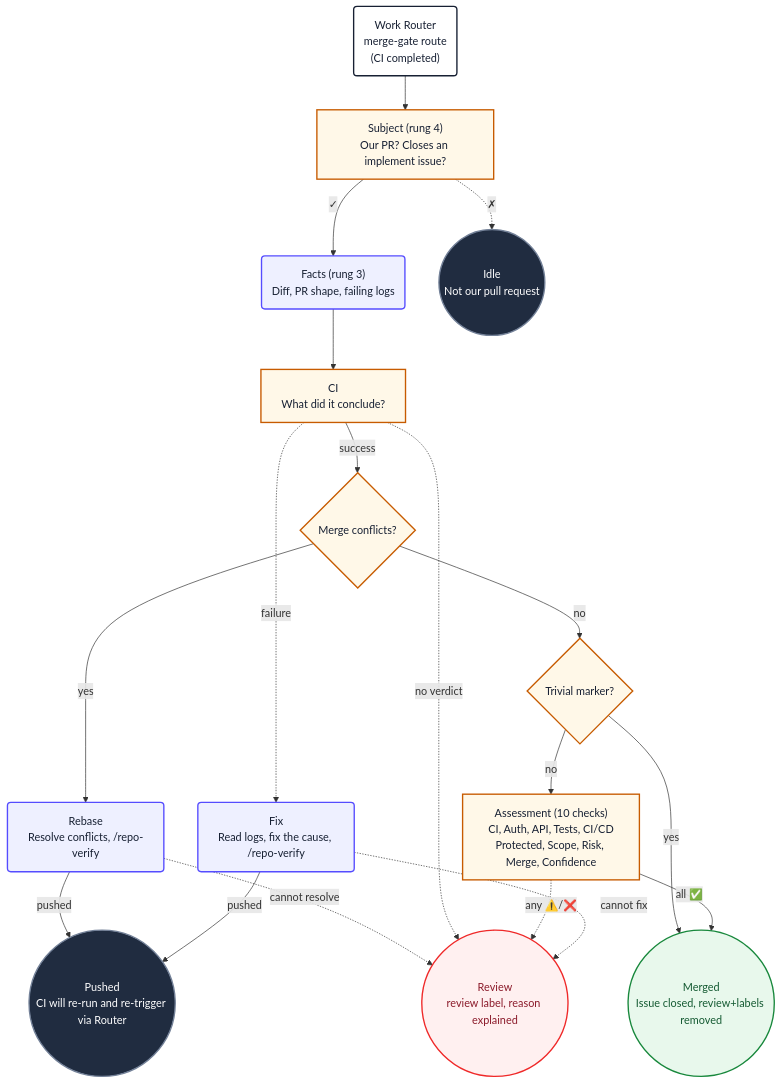
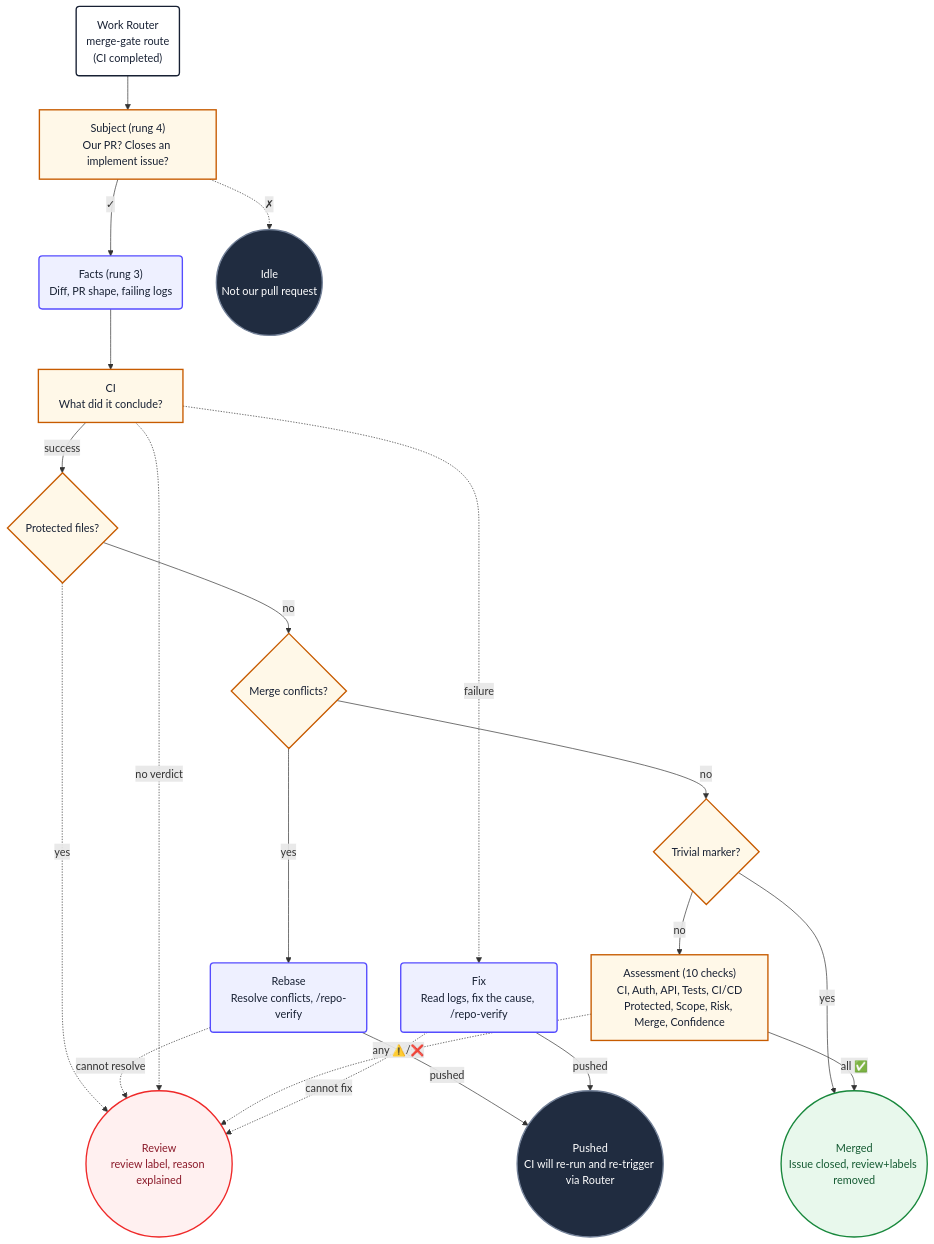
Before and after one commit to PlainConceptsPlatform/agentic-workflows: the diagram in loops/workflows/agent-merge-gate.md, drawn with Mermaid. The commit also changed other lines of this file and 3 other files, not shown here.

Commit message:
fix(merge-gate): remediate protected bot PRs hourly

````diff
--- a/loops/workflows/agent-merge-gate.md
+++ b/loops/workflows/agent-merge-gate.md
@@ -658,39 +666,42 @@
 ```mermaid
 flowchart TD
     gateStart("Work Router<br/>merge-gate route<br/>(CI completed)") --> gateSubject
     gateSubject["Subject (rung 4)<br/>Our PR? Closes an implement issue?"] -->|✓| gateFacts
     gateSubject -.->|✗| gateIdle
     gateFacts("Facts (rung 3)<br/>Diff, PR shape, failing logs") --> gateCi
-    gateCi["CI<br/>What did it conclude?"] -->|success| gateConflict
+    gateCi["CI<br/>What did it conclude?"] -->|success| gateProtected
+    gateProtected{"Protected files?"}
+    gateProtected -.->|yes| gateHuman
+    gateProtected -->|no| gateConflict
     gateConflict{"Merge conflicts?"}
     gateConflict -->|yes| gateRebase
     gateConflict -->|no| gateTrivial
     gateRebase("Rebase<br/>Resolve conflicts, /repo-verify") -->|pushed| gateWait
     gateRebase -.->|cannot resolve| gateHuman
     gateTrivial{"Trivial marker?"}
     gateTrivial -->|yes| gateMerge
     gateTrivial -->|no| gateAssess
     gateCi -.->|failure| gateFix
     gateCi -.->|no verdict| gateHuman
     gateAssess["Assessment (10 checks)<br/>CI, Auth, API, Tests, CI/CD<br/>Protected, Scope, Risk, Merge, Confidence"] -->|all ✅| gateMerge
     gateAssess -.->|any ⚠️/❌| gateHuman
     gateFix("Fix<br/>Read logs, fix the cause, /repo-verify") -->|pushed| gateWait
     gateFix -.->|cannot fix| gateHuman
     gateMerge(("Merged<br/>Issue closed, review+labels removed"))
     gateWait(("Pushed<br/>CI will re-run and re-trigger via Router"))
     gateHuman(("Review<br/>review label, reason explained"))
     gateIdle(("Idle<br/>Not our pull request"))
 
     classDef start fill:#ffffff,stroke:#172033,stroke-width:2px,color:#172033
     classDef action fill:#eef0ff,stroke:#554cff,stroke-width:2px,color:#172033
     classDef decision fill:#fff8e8,stroke:#c75b00,stroke-width:2px,color:#172033
     classDef idle fill:#202c40,stroke:#738198,stroke-width:2px,color:#ffffff
     classDef failure fill:#fff0f0,stroke:#ef2929,stroke-width:2px,color:#8b1a2a
     classDef success fill:#e8f8ec,stroke:#18883c,stroke-width:2px,color:#145a32
     class gateStart start
     class gateFacts,gateFix,gateRebase action
-    class gateSubject,gateCi,gateAssess,gateTrivial,gateConflict decision
+    class gateSubject,gateCi,gateAssess,gateTrivial,gateConflict,gateProtected decision
     class gateIdle,gateWait idle
     class gateHuman failure
     class gateMerge success
 ```
````
